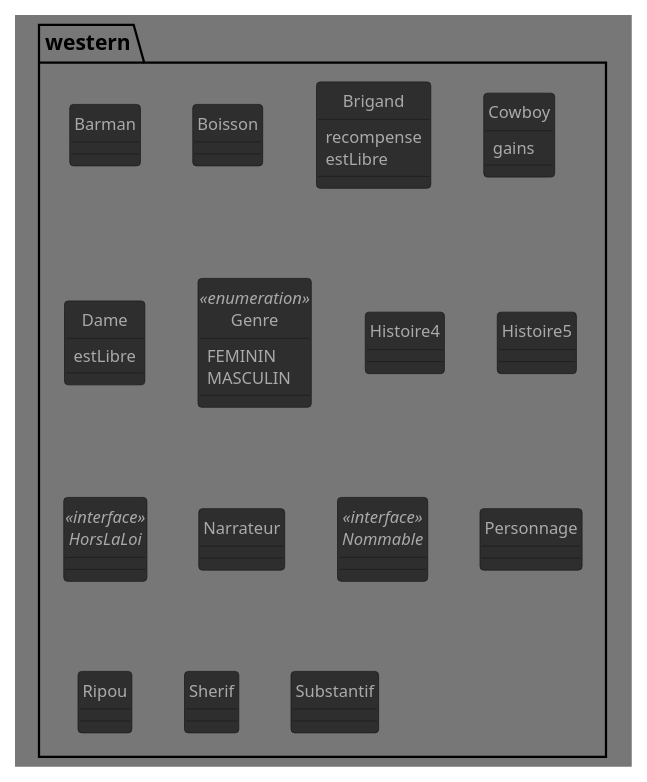
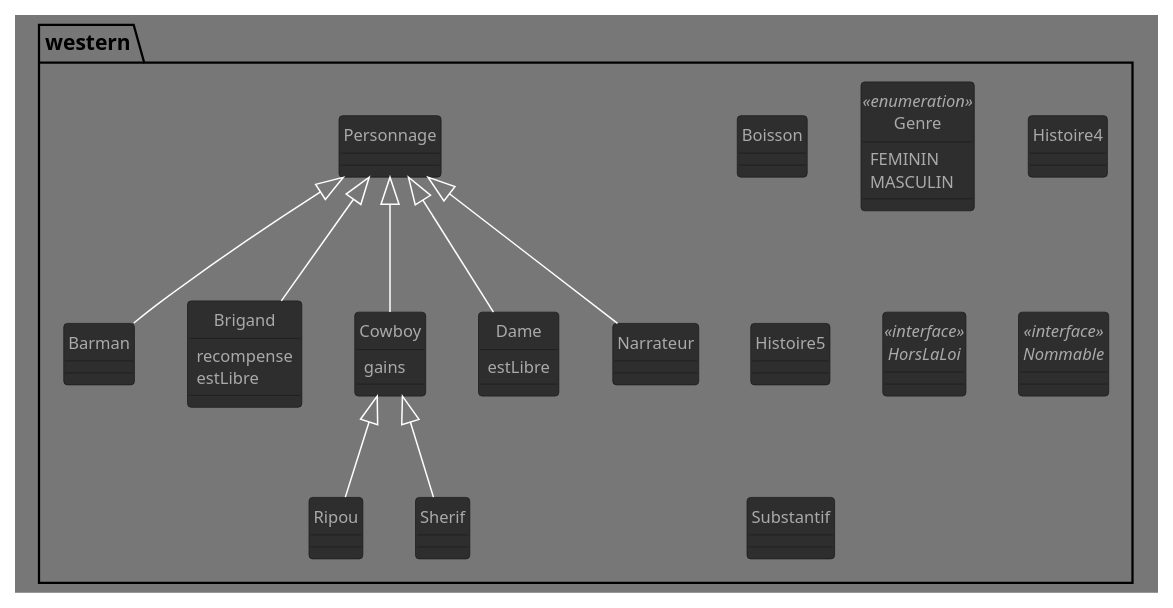
Before and after one commit to GlazKrovi/JavaToPlantUML: the diagram in generates/pumls/DCA_western.puml, drawn with PlantUML. The commit also changed 4 other files, not shown here.

```diff
--- a/generates/pumls/DCA_western.puml
+++ b/generates/pumls/DCA_western.puml
@@ -1,54 +1,54 @@
 @startuml
 !theme reddress-darkgreen
 skinparam style strictuml
 
 package western {
-class Barman {
+class Barman extends western.Personnage {
 
 }
 class Boisson {
 
 }
-class Brigand {
+class Brigand extends western.Personnage {
 recompense
 estLibre
 
 }
-class Cowboy {
+class Cowboy extends western.Personnage {
 gains
 
 }
-class Dame {
+class Dame extends western.Personnage {
 estLibre
 
 }
 enum Genre <<enumeration>> {
 FEMININ
 MASCULIN
 
 }
 class Histoire4 {
 
 }
 class Histoire5 {
 
 }
 interface HorsLaLoi <<interface>>
-class Narrateur {
+class Narrateur extends western.Personnage {
 
 }
 interface Nommable <<interface>>
 class Personnage {
 
 }
-class Ripou {
+class Ripou extends western.Cowboy {
 
 }
-class Sherif {
+class Sherif extends western.Cowboy {
 
 }
 class Substantif {
 
 }
 
 @enduml
```
